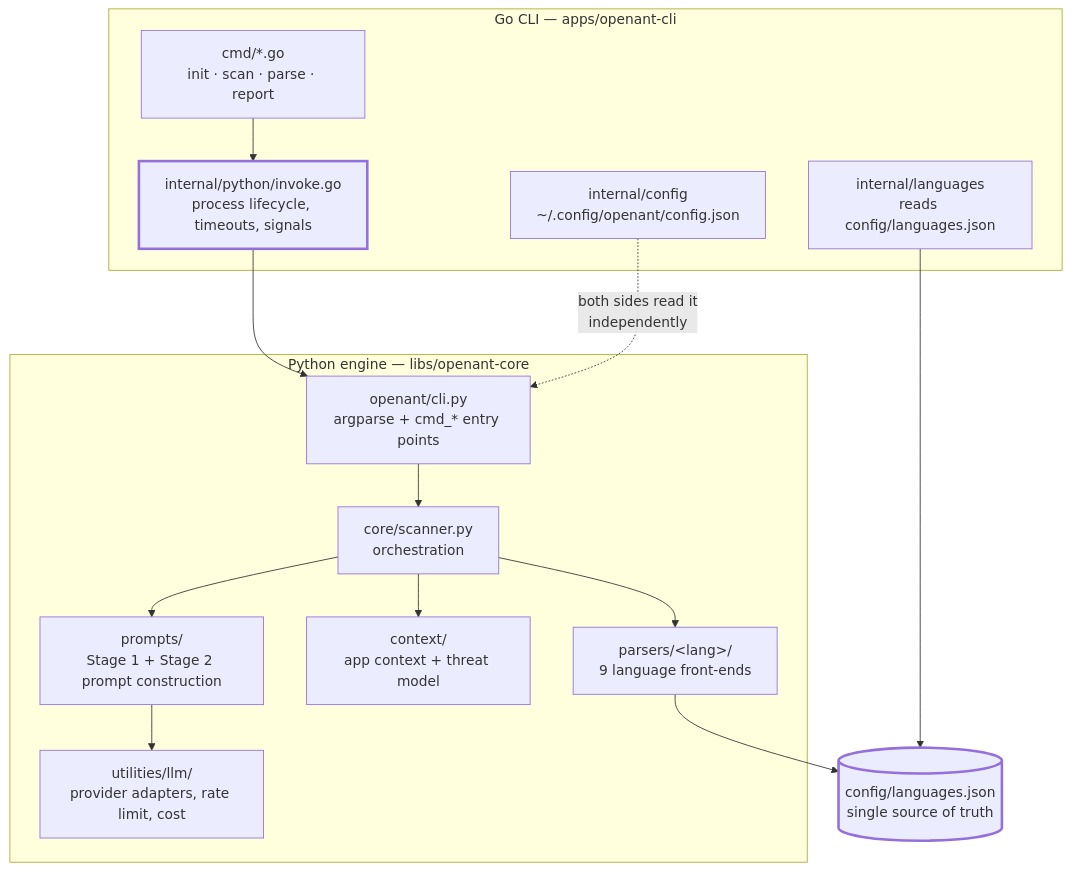
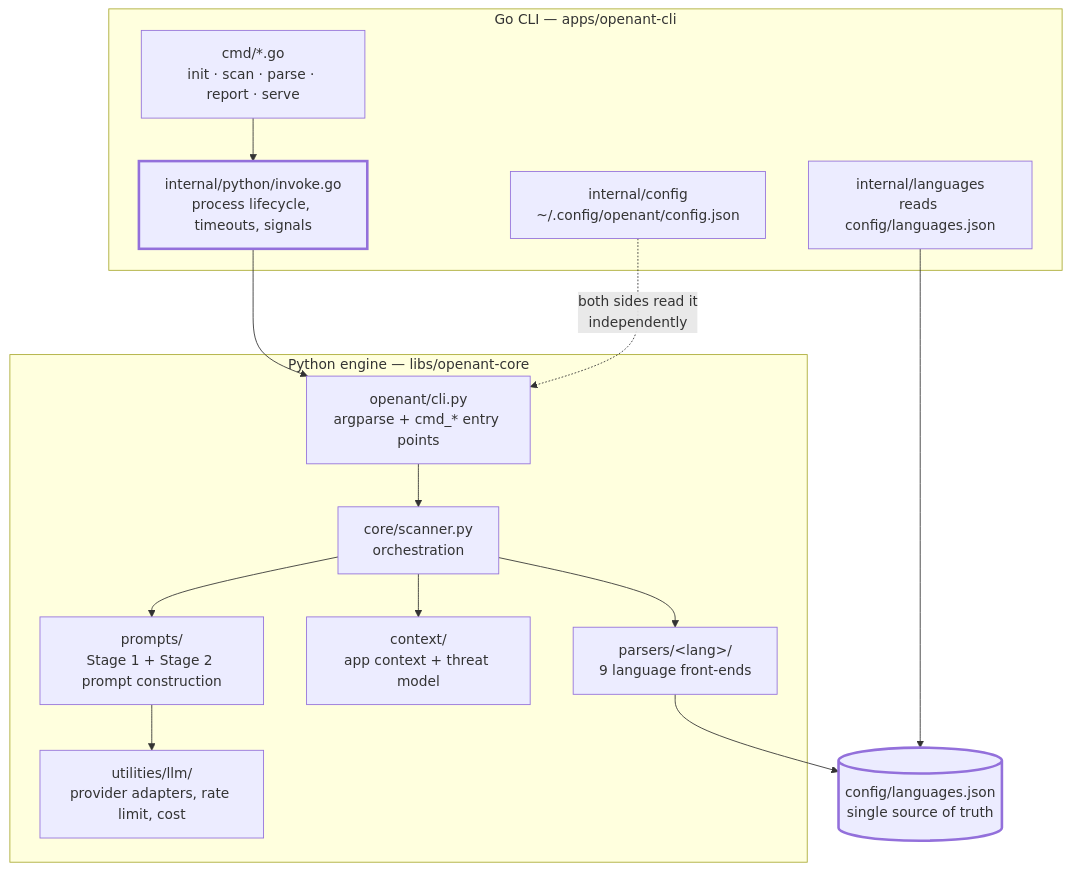
Before and after one commit to knostic/OpenAnt: the first of 4 diagrams in ARCHITECTURE.md, drawn with Mermaid. The commit also changed 29 other files, not shown here.

````diff
--- a/ARCHITECTURE.md
+++ b/ARCHITECTURE.md
@@ -19,30 +19,30 @@
 ```mermaid
 flowchart TB
     subgraph go["Go CLI — apps/openant-cli"]
-        cmd["cmd/*.go<br/>init · scan · parse · report"]
+        cmd["cmd/*.go<br/>init · scan · parse · report · serve"]
         invoke["internal/python/invoke.go<br/>process lifecycle, timeouts, signals"]
         gocfg["internal/config<br/>~/.config/openant/config.json"]
         golang_["internal/languages<br/>reads config/languages.json"]
     end
 
     subgraph py["Python engine — libs/openant-core"]
         cli["openant/cli.py<br/>argparse + cmd_* entry points"]
         scanner["core/scanner.py<br/>orchestration"]
         parsers["parsers/&lt;lang&gt;/<br/>9 language front-ends"]
         ctx["context/<br/>app context + threat model"]
         prompts["prompts/<br/>Stage 1 + Stage 2 prompt construction"]
         llm["utilities/llm/<br/>provider adapters, rate limit, cost"]
     end
 
     reg[("config/languages.json<br/>single source of truth")]
 
     cmd --> invoke --> cli --> scanner
     scanner --> parsers & ctx & prompts
     prompts --> llm
     golang_ --> reg
     parsers --> reg
     gocfg -.->|"both sides read it<br/>independently"| cli
 
     classDef seam stroke-width:3px
     class reg,invoke seam
 ```
````
